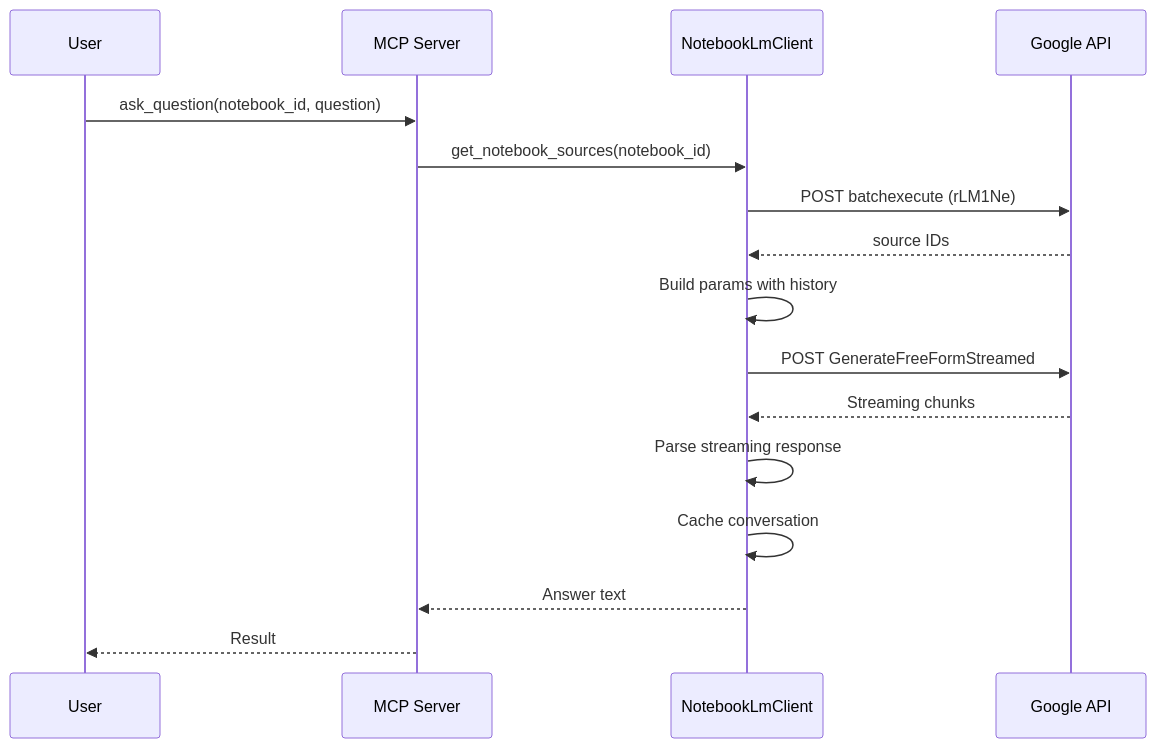
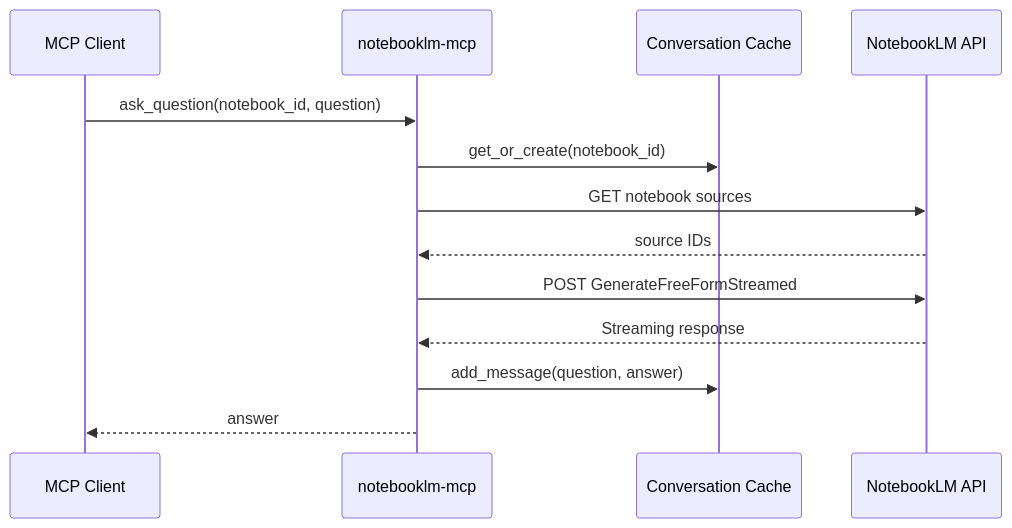
One commit to maisonnat/notebooklm-rust-mcp changed the second of 2 diagrams in docs/en/01-architecture.md. Above: the diagram before and after it, drawn with Mermaid. The commit also changed other lines of this file and 4 other files, not shown here.

````diff
--- a/docs/en/01-architecture.md
+++ b/docs/en/01-architecture.md
@@ -114,19 +97,16 @@
 ```mermaid
 sequenceDiagram
-    participant User
-    participant MCP as MCP Server
-    participant Client as NotebookLmClient
-    participant Google as Google API
+    participant Client as MCP Client
+    participant Server as notebooklm-mcp
+    participant Cache as Conversation Cache
+    participant Google as NotebookLM API
 
-    User->>MCP: ask_question(notebook_id, question)
-    MCP->>Client: get_notebook_sources(notebook_id)
-    Client->>Google: POST batchexecute (rLM1Ne)
-    Google-->>Client: source IDs
-    Client->>Client: Build params with history
-    Client->>Google: POST GenerateFreeFormStreamed
-    Google-->>Client: Streaming chunks
-    Client->>Client: Parse streaming response
-    Client->>Client: Cache conversation
-    Client-->>MCP: Answer text
-    MCP-->>User: Result
+    Client->>Server: ask_question(notebook_id, question)
+    Server->>Cache: get_or_create(notebook_id)
+    Server->>Google: GET notebook sources
+    Google-->>Server: source IDs
+    Server->>Google: POST GenerateFreeFormStreamed
+    Google-->>Server: Streaming response
+    Server->>Cache: add_message(question, answer)
+    Server-->>Client: answer
 ```
````
